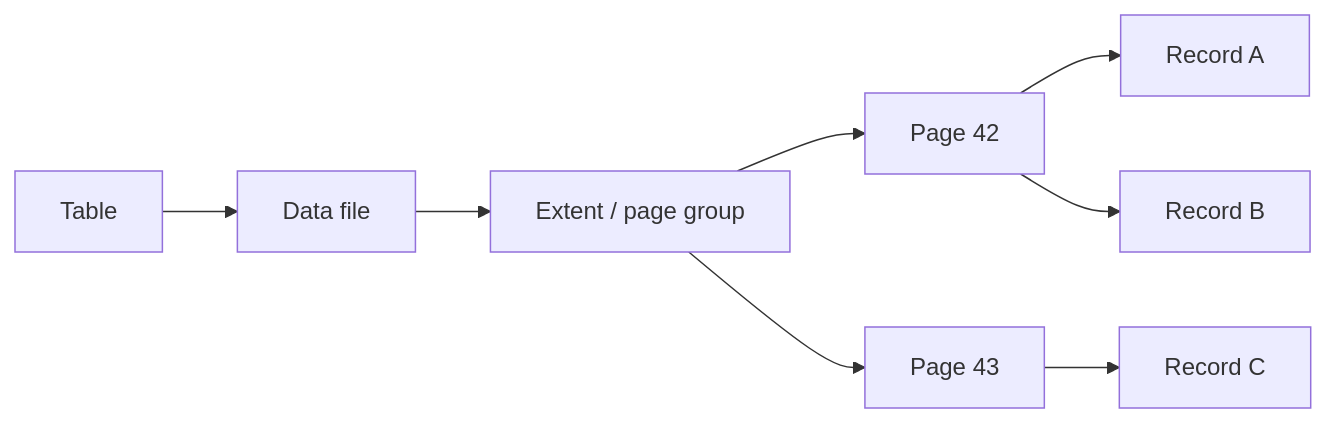
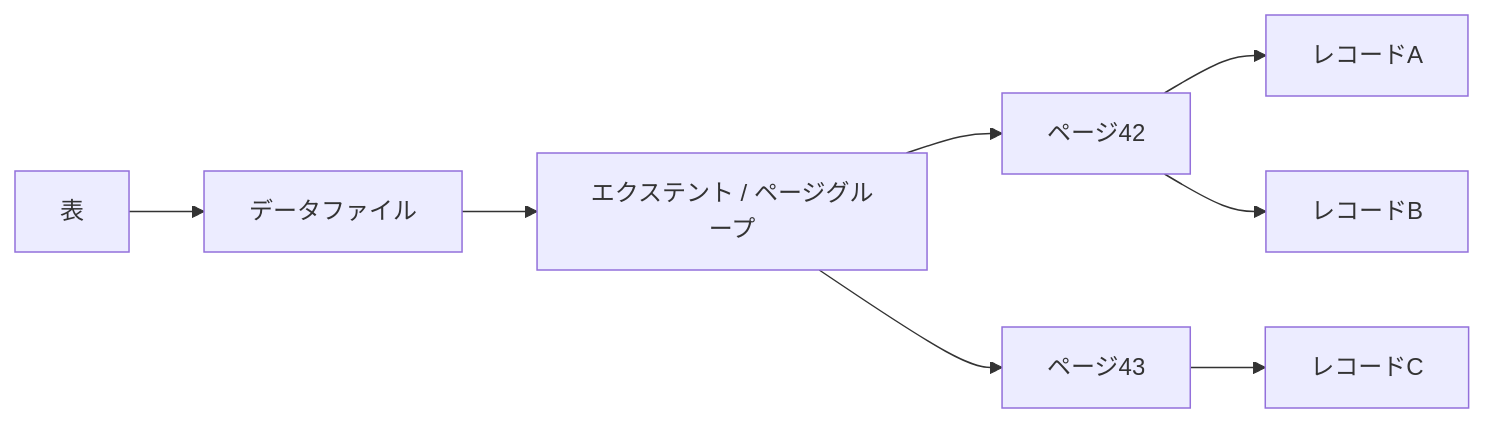
One commit to hirunebot/database-systems-book changed the second of 4 diagrams in src/content/docs/02-storage/03-pages-records-buffer-pool.md. Above: the diagram before and after it, drawn with Mermaid. The commit also changed other lines of this file and 42 other files, not shown here.

````diff
--- a/src/content/docs/02-storage/03-pages-records-buffer-pool.md
+++ b/src/content/docs/02-storage/03-pages-records-buffer-pool.md
@@ -50,10 +50,10 @@
 ```mermaid
 flowchart LR
-    T["Table"] --> F1["Data file"]
-    F1 --> E1["Extent / page group"]
-    E1 --> P1["Page 42"]
-    E1 --> P2["Page 43"]
-    P1 --> R1["Record A"]
-    P1 --> R2["Record B"]
-    P2 --> R3["Record C"]
+    T["表"] --> F1["データファイル"]
+    F1 --> E1["エクステント / ページグループ"]
+    E1 --> P1["ページ42"]
+    E1 --> P2["ページ43"]
+    P1 --> R1["レコードA"]
+    P1 --> R2["レコードB"]
+    P2 --> R3["レコードC"]
 ```
````
